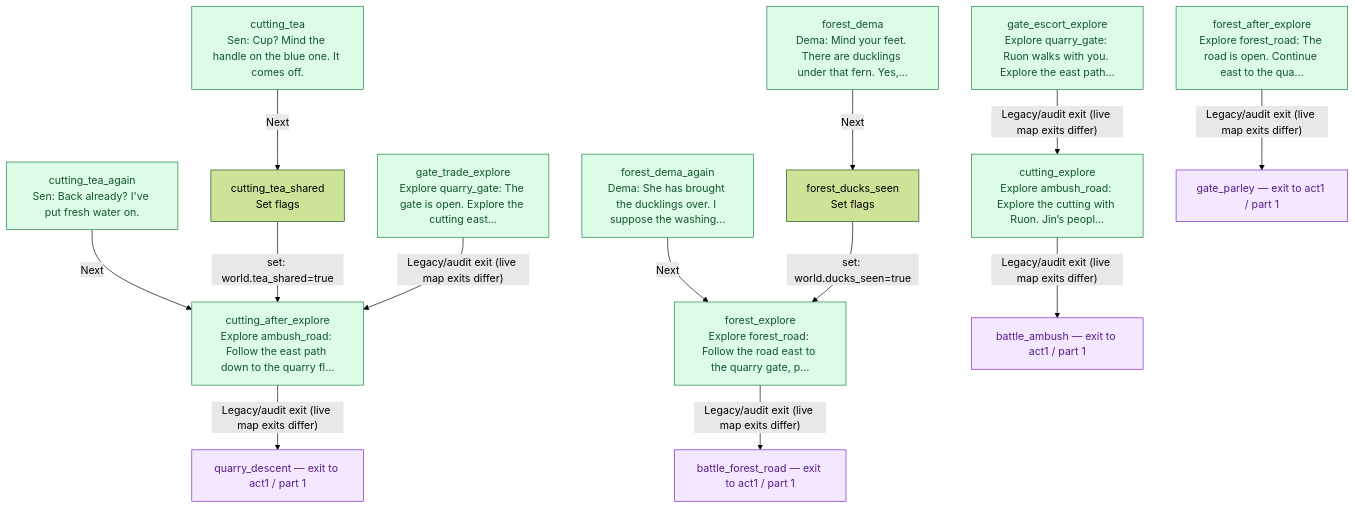
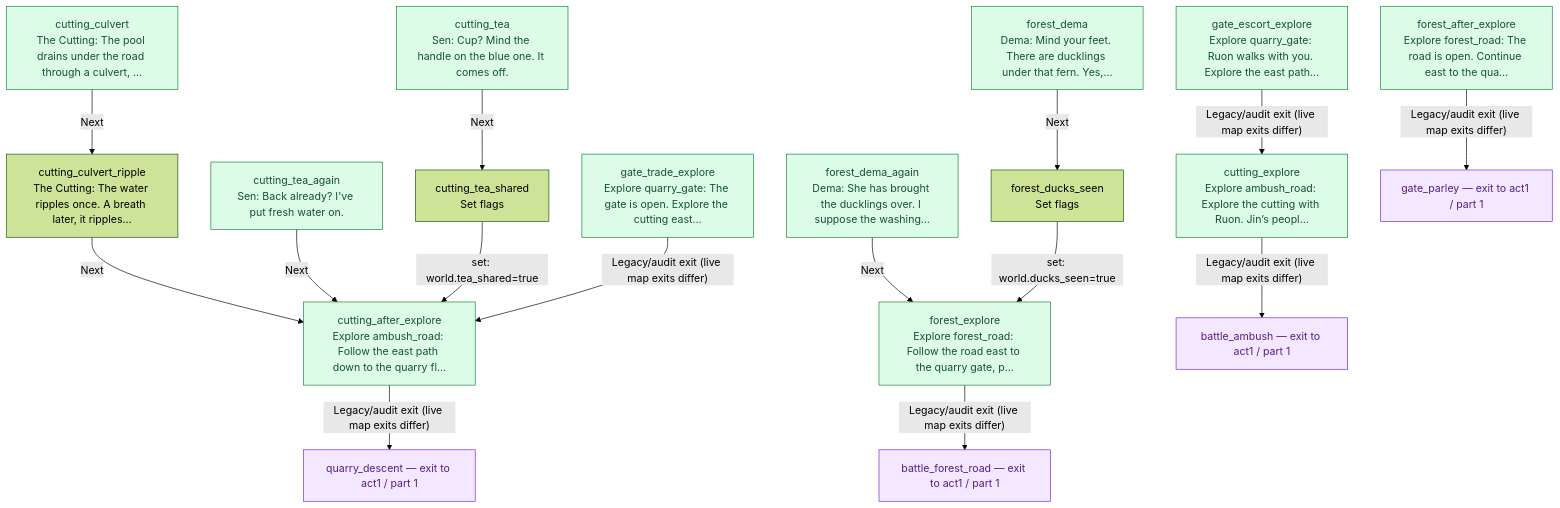
One commit to jaredbahr/Avatarrpg changed the diagram in docs/story/world.md. Above: the diagram before and after it, drawn with Mermaid (forest theme). The commit also changed other lines of this file and 8 other files, not shown here.

First line of the commit message:
Regenerate the story graph docs

````diff
--- a/docs/story/world.md
+++ b/docs/story/world.md
@@ -21,34 +21,38 @@
 ```mermaid
 flowchart TD
-  n12["cutting_after_explore<br/>Explore ambush_road: Follow the east path down to the quarry fl…"]:::entry
-  n13["cutting_explore<br/>Explore ambush_road: Explore the cutting with Ruon. Jin’s peopl…"]:::entry
-  n15["cutting_tea<br/>Sen: Cup? Mind the handle on the blue one. It comes off."]:::entry
-  n16["cutting_tea_again<br/>Sen: Back already? I've put fresh water on."]:::entry
-  n17["cutting_tea_shared<br/>Set flags"]
-  n30["forest_after_explore<br/>Explore forest_road: The road is open. Continue east to the qua…"]:::entry
-  n31["forest_dema<br/>Dema: Mind your feet. There are ducklings under that fern. Yes,…"]:::entry
-  n32["forest_dema_again<br/>Dema: She has brought the ducklings over. I suppose the washing…"]:::entry
-  n33["forest_ducks_seen<br/>Set flags"]
-  n34["forest_explore<br/>Explore forest_road: Follow the road east to the quarry gate, p…"]:::entry
-  n43["gate_escort_explore<br/>Explore quarry_gate: Ruon walks with you. Explore the east path…"]:::entry
-  n48["gate_trade_explore<br/>Explore quarry_gate: The gate is open. Explore the cutting east…"]:::entry
+  n13["cutting_after_explore<br/>Explore ambush_road: Follow the east path down to the quarry fl…"]:::entry
+  n14["cutting_culvert<br/>The Cutting: The pool drains under the road through a culvert, …"]:::entry
+  n15["cutting_culvert_ripple<br/>The Cutting: The water ripples once. A breath later, it ripples…"]
+  n16["cutting_explore<br/>Explore ambush_road: Explore the cutting with Ruon. Jin’s peopl…"]:::entry
+  n18["cutting_tea<br/>Sen: Cup? Mind the handle on the blue one. It comes off."]:::entry
+  n19["cutting_tea_again<br/>Sen: Back already? I've put fresh water on."]:::entry
+  n20["cutting_tea_shared<br/>Set flags"]
+  n33["forest_after_explore<br/>Explore forest_road: The road is open. Continue east to the qua…"]:::entry
+  n34["forest_dema<br/>Dema: Mind your feet. There are ducklings under that fern. Yes,…"]:::entry
+  n35["forest_dema_again<br/>Dema: She has brought the ducklings over. I suppose the washing…"]:::entry
+  n36["forest_ducks_seen<br/>Set flags"]
+  n37["forest_explore<br/>Explore forest_road: Follow the road east to the quarry gate, p…"]:::entry
+  n46["gate_escort_explore<br/>Explore quarry_gate: Ruon walks with you. Explore the east path…"]:::entry
+  n51["gate_trade_explore<br/>Explore quarry_gate: The gate is open. Explore the cutting east…"]:::entry
   n8["battle_ambush — exit to act1 / part 1"]:::external
   n9["battle_forest_road — exit to act1 / part 1"]:::external
-  n45["gate_parley — exit to act1 / part 1"]:::external
-  n82["quarry_descent — exit to act1 / part 1"]:::external
-  n12 -->|"Legacy/audit exit (live map exits differ)"| n82
-  n13 -->|"Legacy/audit exit (live map exits differ)"| n8
-  n15 -->|"Next"| n17
-  n16 -->|"Next"| n12
-  n17 -->|"set: world.tea_shared=true"| n12
-  n30 -->|"Legacy/audit exit (live map exits differ)"| n45
-  n31 -->|"Next"| n33
-  n32 -->|"Next"| n34
-  n33 -->|"set: world.ducks_seen=true"| n34
-  n34 -->|"Legacy/audit exit (live map exits differ)"| n9
-  n43 -->|"Legacy/audit exit (live map exits differ)"| n13
-  n48 -->|"Legacy/audit exit (live map exits differ)"| n12
+  n48["gate_parley — exit to act1 / part 1"]:::external
+  n85["quarry_descent — exit to act1 / part 1"]:::external
+  n13 -->|"Legacy/audit exit (live map exits differ)"| n85
+  n14 -->|"Next"| n15
+  n15 -->|"Next"| n13
+  n16 -->|"Legacy/audit exit (live map exits differ)"| n8
+  n18 -->|"Next"| n20
+  n19 -->|"Next"| n13
+  n20 -->|"set: world.tea_shared=true"| n13
+  n33 -->|"Legacy/audit exit (live map exits differ)"| n48
+  n34 -->|"Next"| n36
+  n35 -->|"Next"| n37
+  n36 -->|"set: world.ducks_seen=true"| n37
+  n37 -->|"Legacy/audit exit (live map exits differ)"| n9
+  n46 -->|"Legacy/audit exit (live map exits differ)"| n16
+  n51 -->|"Legacy/audit exit (live map exits differ)"| n13
   classDef entry fill:#dcfce7,stroke:#15803d,color:#14532d
   classDef external fill:#f3e8ff,stroke:#7e22ce,color:#581c87
   classDef continuation fill:#f8fafc,stroke:#475569,color:#0f172a,stroke-dasharray:5 5
 ```
````
